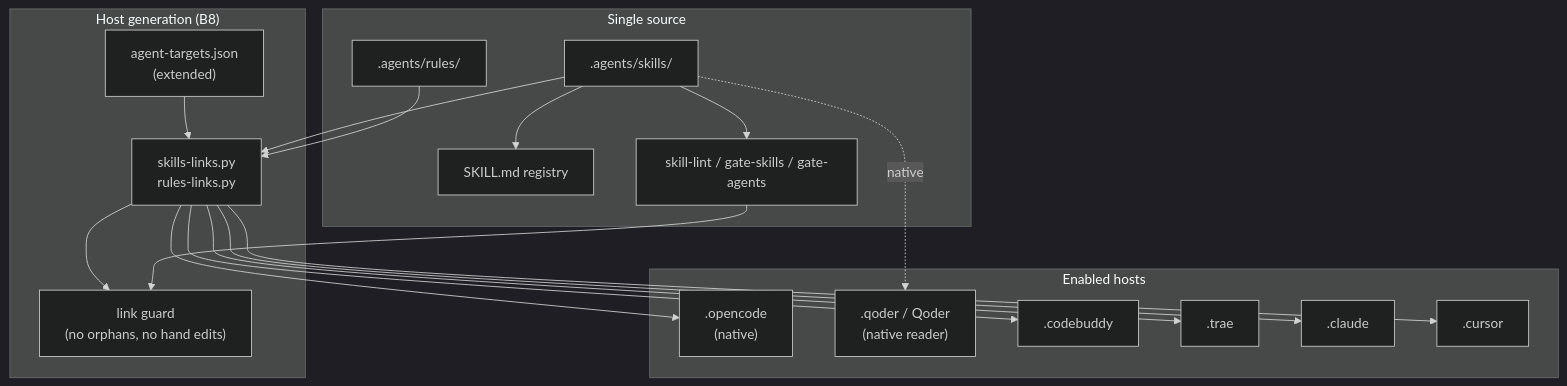
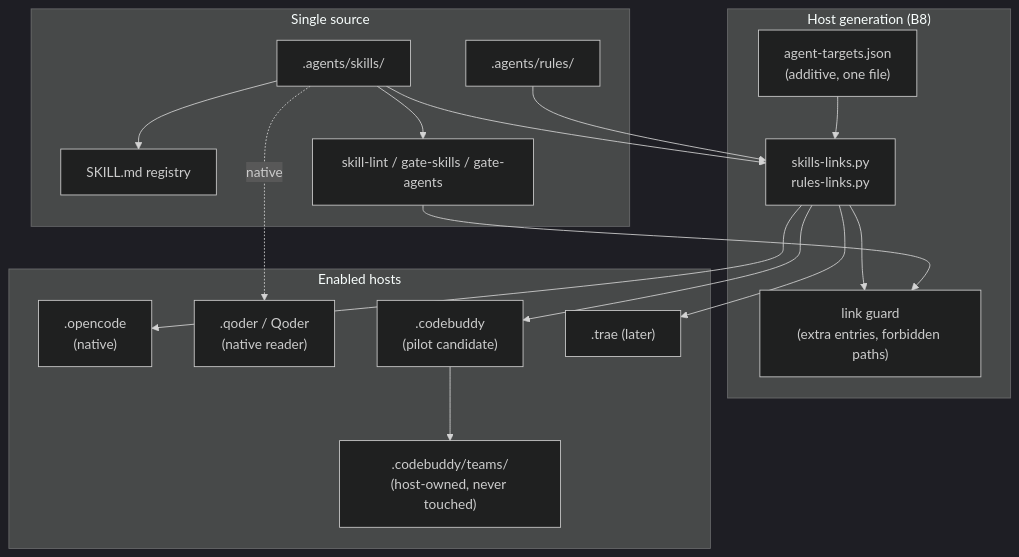
The diagram in docs/agent-host-parity-plan.md (chengxuewen/ModuKit), drawn with Mermaid (dark theme) before and after one commit. The commit also changed other lines of this file and 2 other files, not shown here.

First line of the commit message:
docs(parity): record B8 host-layer execution

````diff
--- a/docs/agent-host-parity-plan.md
+++ b/docs/agent-host-parity-plan.md
@@ -72,38 +95,36 @@
 ```mermaid
 flowchart TB
   subgraph Source["Single source"]
     S[".agents/skills/"]
     R["SKILL.md registry"]
     M[".agents/rules/"]
     G["skill-lint / gate-skills / gate-agents"]
   end
 
   subgraph Generation["Host generation (B8)"]
-    T["agent-targets.json<br/>(extended)"]
+    T["agent-targets.json<br/>(additive, one file)"]
     L["skills-links.py<br/>rules-links.py"]
-    GUARD["link guard<br/>(no orphans, no hand edits)"]
+    GUARD["link guard<br/>(extra entries, forbidden paths)"]
   end
 
   subgraph Hosts["Enabled hosts"]
     O[".opencode<br/>(native)"]
     Q[".qoder / Qoder<br/>(native reader)"]
-    C[".codebuddy"]
-    TR[".trae"]
-    CL[".claude"]
-    CU[".cursor"]
+    C[".codebuddy<br/>(pilot candidate)"]
+    CT[".codebuddy/teams/<br/>(host-owned, never touched)"]
+    TR[".trae (later)"]
   end
 
   S --> R
   S --> G
   S --> L
   M --> L
   T --> L
   L --> O
   S -. native .-> Q
   L --> C
+  C --> CT
   L --> TR
-  L --> CL
-  L --> CU
   L --> GUARD
   G --> GUARD
 ```
````
